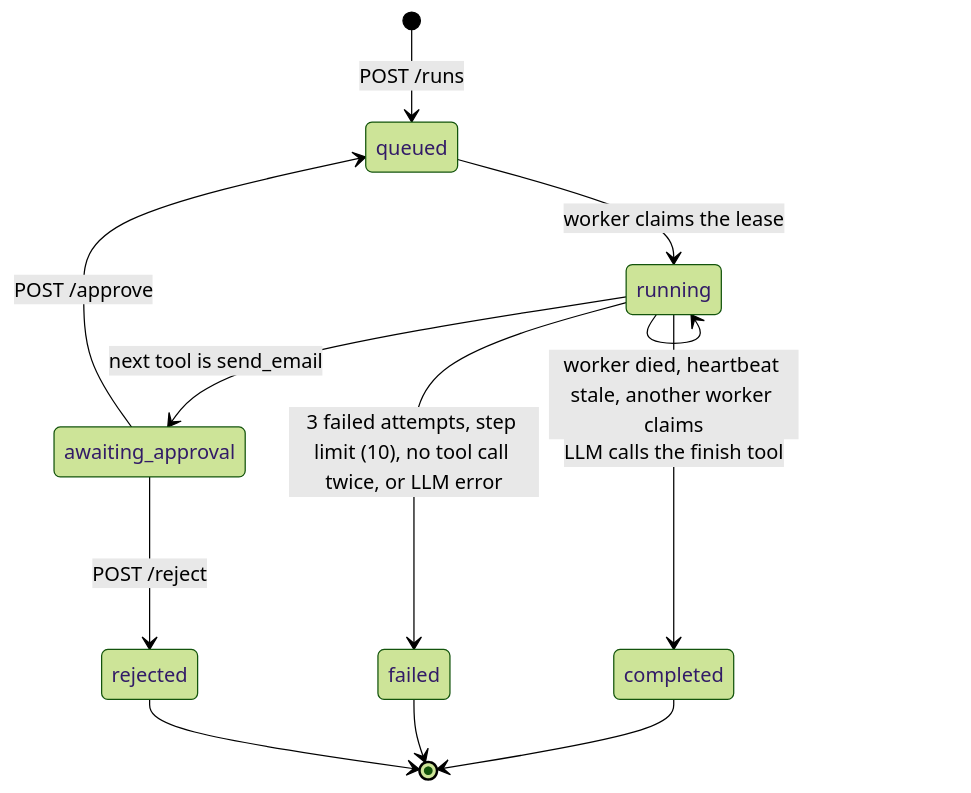
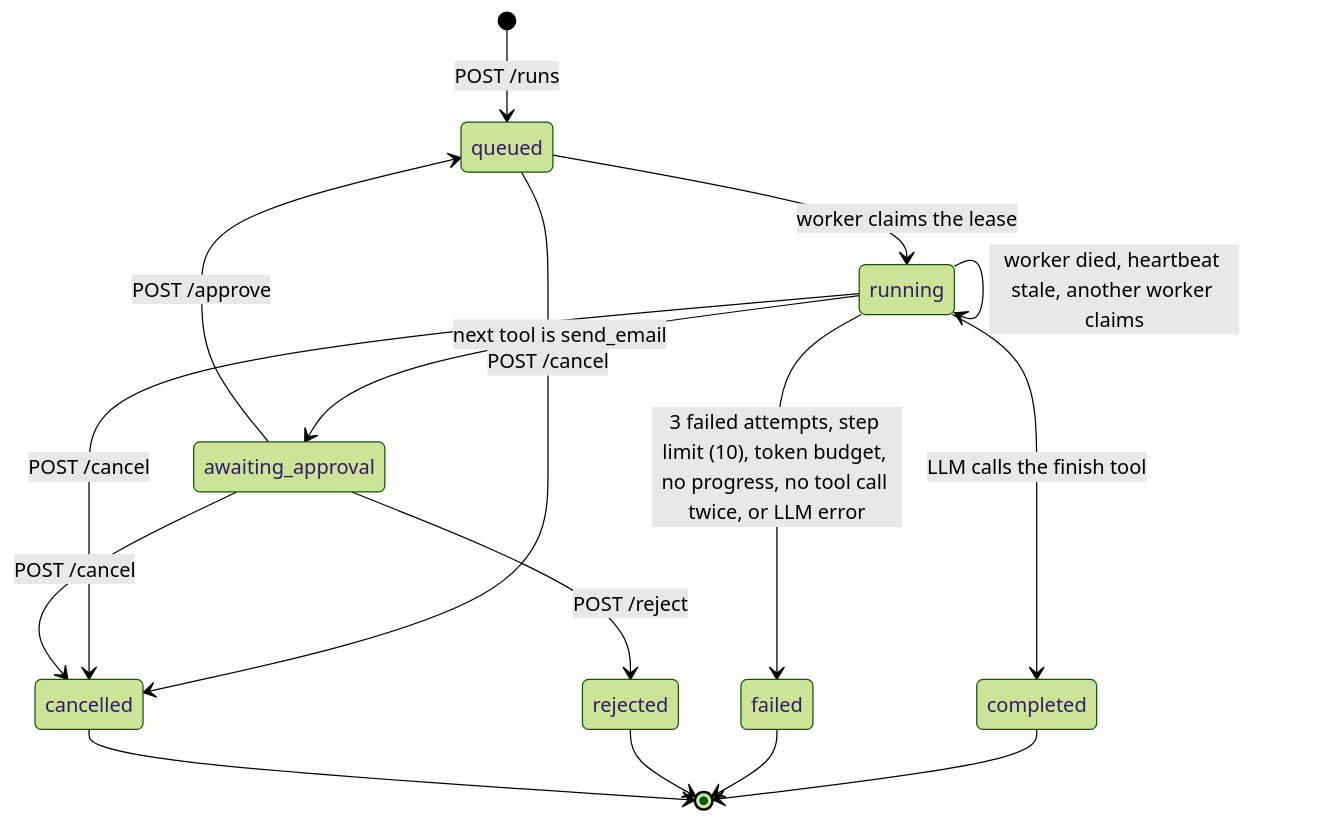
Before and after one commit to zeiado/resilient-agent-runner: the second of 2 diagrams in README.md, drawn with Mermaid (forest theme). The commit also changed other lines of this file and 13 other files, not shown here.

First line of the commit message:
Add per-run token budget, no-progress detection and cancel

````diff
--- a/README.md
+++ b/README.md
@@ -68,14 +69,18 @@
 ```mermaid
 stateDiagram-v2
     [*] --> queued: POST /runs
     queued --> running: worker claims the lease
     running --> running: worker died, heartbeat stale, another worker claims
     running --> awaiting_approval: next tool is send_email
     awaiting_approval --> queued: POST /approve
     awaiting_approval --> rejected: POST /reject
     running --> completed: LLM calls the finish tool
-    running --> failed: 3 failed attempts, step limit (10), no tool call twice, or LLM error
+    running --> failed: 3 failed attempts, step limit (10), token budget, no progress, no tool call twice, or LLM error
+    queued --> cancelled: POST /cancel
+    running --> cancelled: POST /cancel
+    awaiting_approval --> cancelled: POST /cancel
     completed --> [*]
     failed --> [*]
     rejected --> [*]
+    cancelled --> [*]
 ```
````
